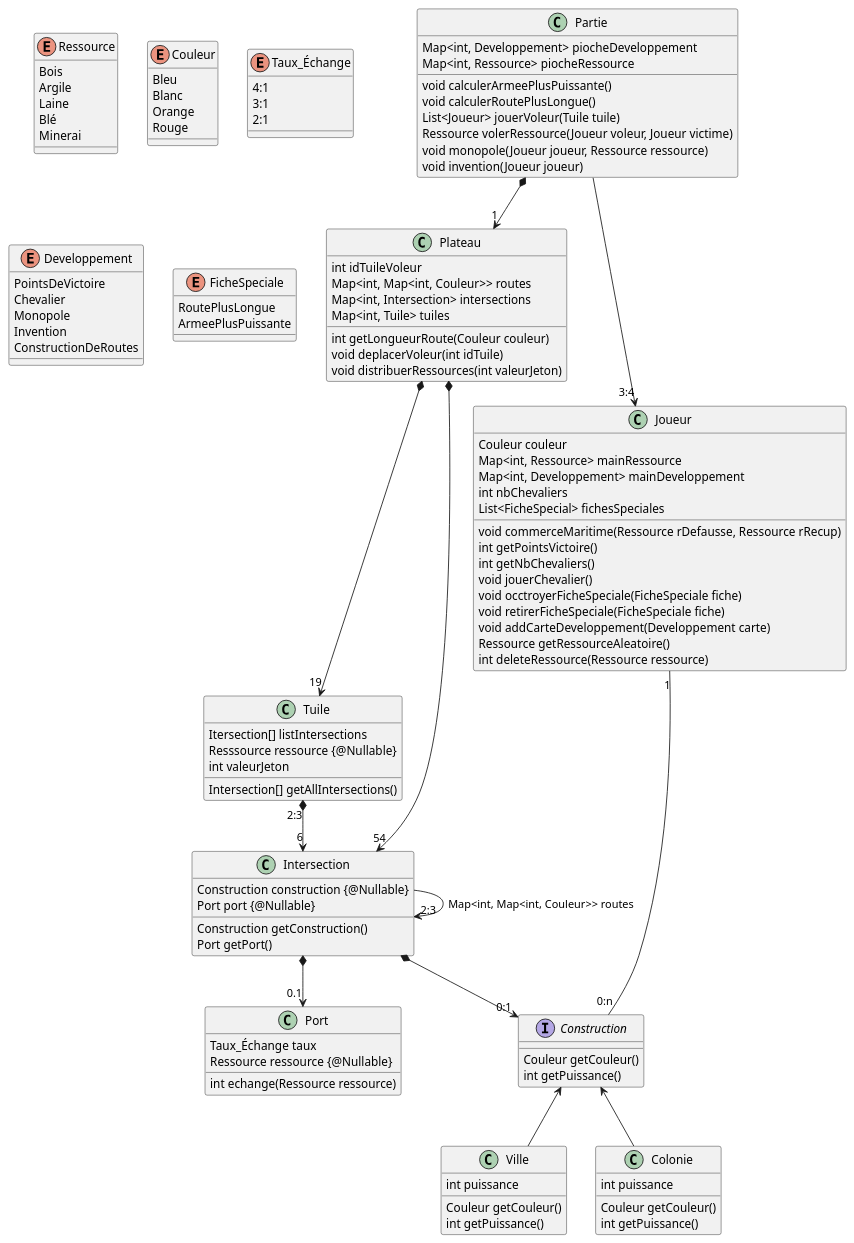
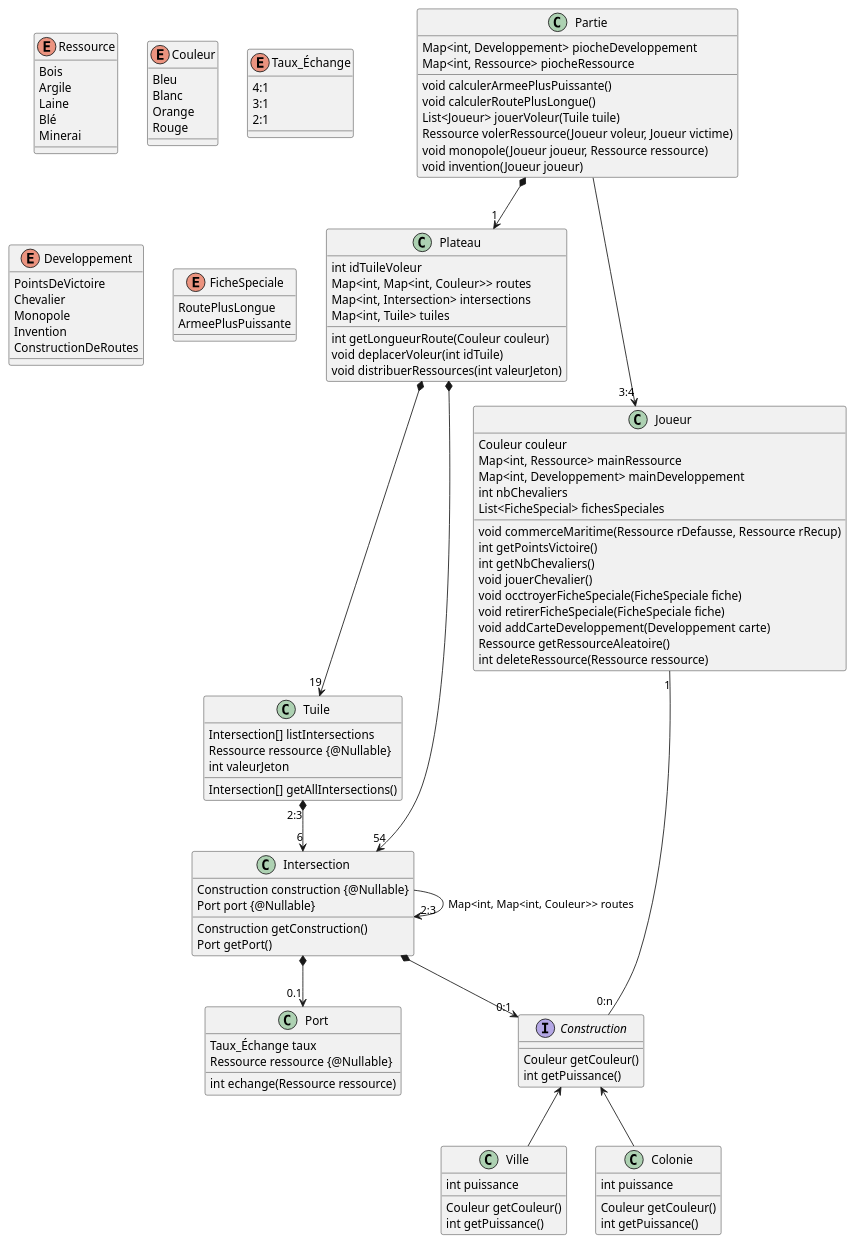
Before and after one commit to Lapin-Obez/colon_de_catane: the diagram in catan-doc/modules/conception/examples/gameClassDiag.plantuml, drawn with PlantUML. The commit also changed 6 other files, not shown here.

```diff
--- a/catan-doc/modules/conception/examples/gameClassDiag.plantuml
+++ b/catan-doc/modules/conception/examples/gameClassDiag.plantuml
@@ -1,139 +1,139 @@
 @startuml
 
 enum Ressource {
 Bois
 Argile
 Laine
 Blé
 Minerai
 }
 
 enum Couleur {
 Bleu
 Blanc
 Orange
 Rouge
 }
 
 enum Taux_Échange {
 4:1
 3:1
 2:1
 }
 
 enum Developpement {
 PointsDeVictoire
 Chevalier
 Monopole
 Invention
 ConstructionDeRoutes
 }
 
 enum FicheSpeciale {
 RoutePlusLongue
 ArmeePlusPuissante
 }
 
 class Partie {
 Map<int, Developpement> piocheDeveloppement
 Map<int, Ressource> piocheRessource
 
 void calculerArmeePlusPuissante()
 void calculerRoutePlusLongue()
 List<Joueur> jouerVoleur(Tuile tuile)
 Ressource volerRessource(Joueur voleur, Joueur victime)
 void monopole(Joueur joueur, Ressource ressource)
 void invention(Joueur joueur)
 }
 
 class Plateau {
 int idTuileVoleur
 Map<int, Map<int, Couleur>> routes
 Map<int, Intersection> intersections
 Map<int, Tuile> tuiles
 
 int getLongueurRoute(Couleur couleur)
 void deplacerVoleur(int idTuile)
 void distribuerRessources(int valeurJeton)
 }
 
 class Port{
 Taux_Échange taux
 Ressource ressource {@Nullable}
 
 int echange(Ressource ressource)
 }
 
 class Tuile{
-Itersection[] listIntersections
-Resssource ressource {@Nullable}
+Intersection[] listIntersections
+Ressource ressource {@Nullable}
 int valeurJeton
 
 Intersection[] getAllIntersections()
 }
 
 class Intersection{
 Construction construction {@Nullable}
 Port port {@Nullable}
 
 Construction getConstruction()
 Port getPort()
 }
 
 class Joueur{
 Couleur couleur
 Map<int, Ressource> mainRessource
 Map<int, Developpement> mainDeveloppement
 int nbChevaliers
 List<FicheSpecial> fichesSpeciales
 
 void commerceMaritime(Ressource rDefausse, Ressource rRecup)
 int getPointsVictoire()
 int getNbChevaliers()
 void jouerChevalier()
 void occtroyerFicheSpeciale(FicheSpeciale fiche)
 void retirerFicheSpeciale(FicheSpeciale fiche)
 void addCarteDeveloppement(Developpement carte)
 Ressource getRessourceAleatoire()
 int deleteRessource(Ressource ressource)
 }
 
 interface Construction {
 Couleur getCouleur()
 int getPuissance()
 }
 
 class Ville {
 int puissance
 
 Couleur getCouleur()
 int getPuissance()
 }
 
 class Colonie {
 int puissance
 
 Couleur getCouleur()
 int getPuissance()
 }
 
 
 
 Construction <-d- Ville
 Construction <-d- Colonie
 
 
 Partie *--> "1" Plateau
 Plateau *--> "19" Tuile
 Plateau *--> "54" Intersection
 
 Tuile "2:3" *-->"6" Intersection
 Intersection *--> "0:1" Construction
 Intersection --> "2:3" Intersection : Map<int, Map<int, Couleur>> routes
 
 Intersection *--> "0.1" Port
 
 Partie --> "3:4" Joueur
 Joueur "1" -- "0:n" Construction
 
 @enduml
```
